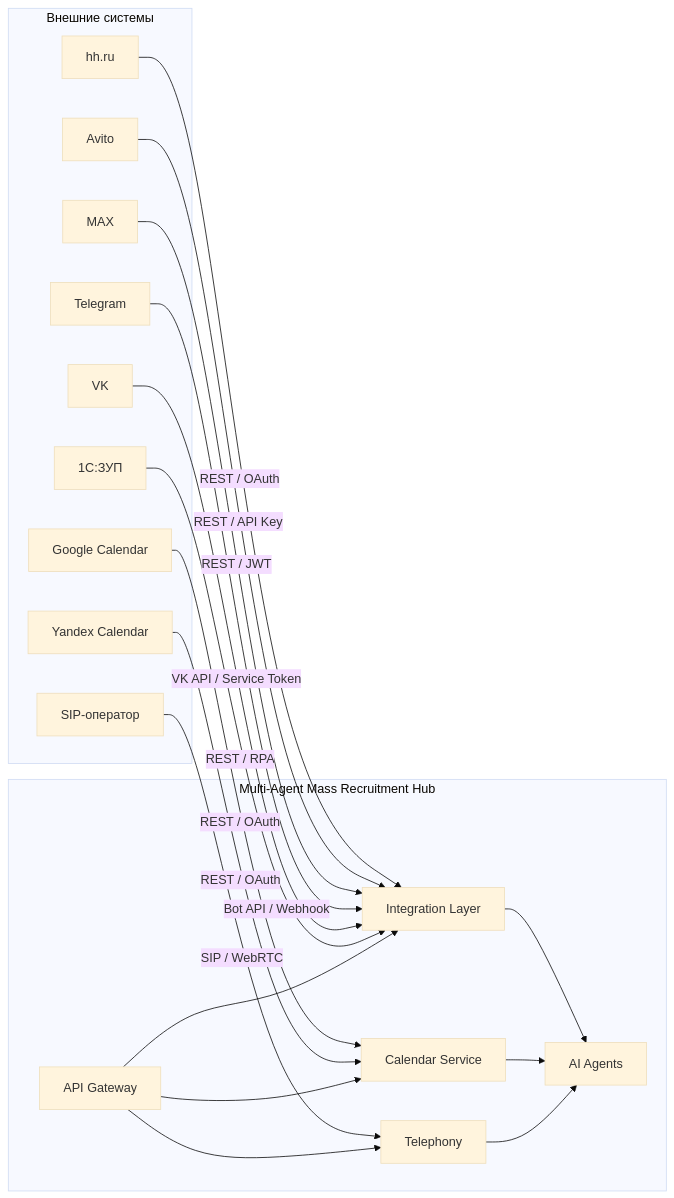
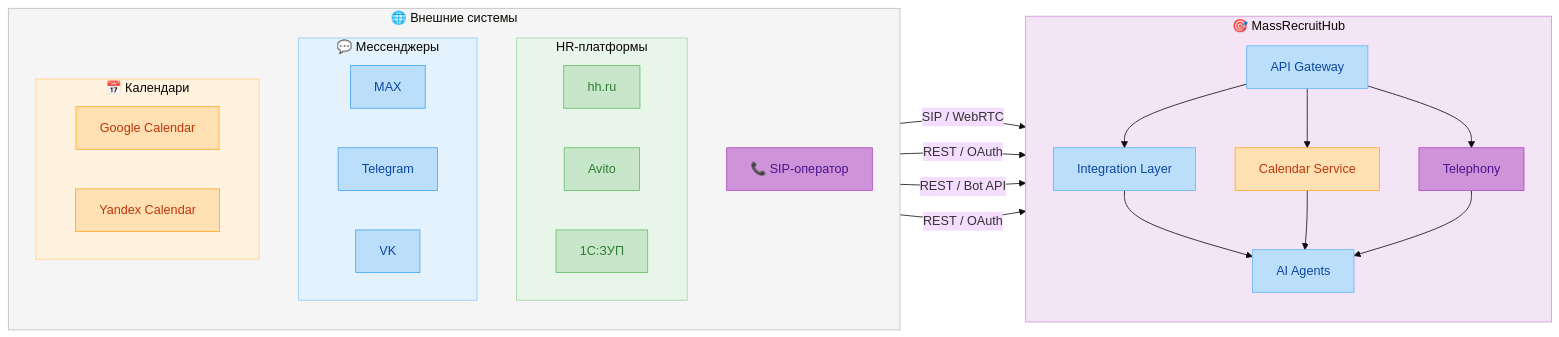
The fifth of 5 diagrams in docs/ARCHITECTURE_AND_DATA_MODEL.md (cc-automation-projects/multi-agent-mass-recruitment-hub), drawn with Mermaid (base theme) before and after one commit. The commit also changed other lines of this file, not shown here.

````diff
--- a/docs/ARCHITECTURE_AND_DATA_MODEL.md
+++ b/docs/ARCHITECTURE_AND_DATA_MODEL.md
@@ -615,39 +634,65 @@
 ```mermaid
 flowchart LR
-    subgraph External[Внешние системы]
-        HH[hh.ru]
-        AV[Avito]
-        MAX[MAX]
-        TG[Telegram]
-        VK[VK]
-        ONES[1С:ЗУП]
-        GCAL[Google Calendar]
-        YCAL[Yandex Calendar]
-        SIP[SIP-оператор]
+    subgraph External["🌐 Внешние системы"]
+        direction TB
+        subgraph HR["HR-платформы"]
+            HH["hh.ru"]
+            AV["Avito"]
+            ONES["1С:ЗУП"]
+        end
+        subgraph Messengers["💬 Мессенджеры"]
+            MAX["MAX"]
+            TG["Telegram"]
+            VK["VK"]
+        end
+        subgraph Calendars["📅 Календари"]
+            GCAL["Google Calendar"]
+            YCAL["Yandex Calendar"]
+        end
+        SIP["📞 SIP-оператор"]
     end
 
-    subgraph Multi-Agent Mass Recruitment Hub
-        API[API Gateway]
-        INT[Integration Layer]
-        AGENTS[AI Agents]
-        CAL[Calendar Service]
-        TEL[Telephony]
+    subgraph Hub["🎯 MassRecruitHub"]
+        direction TB
+        API["API Gateway"]
+        INT["Integration Layer"]
+        AGENTS["AI Agents"]
+        CAL["Calendar Service"]
+        TEL["Telephony"]
     end
 
-    HH -->|REST / OAuth| INT
-    AV -->|REST / API Key| INT
-    MAX -->|REST / JWT| INT
-    TG -->|Bot API / Webhook| INT
-    VK -->|VK API / Service Token| INT
-    ONES -->|REST / RPA| INT
-    GCAL -->|REST / OAuth| CAL
-    YCAL -->|REST / OAuth| CAL
-    SIP -->|SIP / WebRTC| TEL
+    HR -->|"REST / OAuth"| INT
+    Messengers -->|"REST / Bot API"| INT
+    Calendars -->|"REST / OAuth"| CAL
+    SIP -->|"SIP / WebRTC"| TEL
 
     INT --> AGENTS
     CAL --> AGENTS
     TEL --> AGENTS
     API --> INT
     API --> CAL
     API --> TEL
+
+    %% Пастельная цветовая схема
+    style External fill:#f5f5f5,stroke:#bdbdbd,stroke-width:1px
+    style HR fill:#e8f5e9,stroke:#a5d6a7,stroke-width:1px
+    style Messengers fill:#e3f2fd,stroke:#90caf9,stroke-width:1px
+    style Calendars fill:#fff3e0,stroke:#ffcc80,stroke-width:1px
+    style Hub fill:#f3e5f5,stroke:#ce93d8,stroke-width:1px
+
+    style HH fill:#c8e6c9,stroke:#66bb6a,color:#2e7d32
+    style AV fill:#c8e6c9,stroke:#66bb6a,color:#2e7d32
+    style ONES fill:#c8e6c9,stroke:#66bb6a,color:#2e7d32
+    style MAX fill:#bbdefb,stroke:#42a5f5,color:#0d47a1
+    style TG fill:#bbdefb,stroke:#42a5f5,color:#0d47a1
+    style VK fill:#bbdefb,stroke:#42a5f5,color:#0d47a1
+    style GCAL fill:#ffe0b2,stroke:#ffa726,color:#bf360c
+    style YCAL fill:#ffe0b2,stroke:#ffa726,color:#bf360c
+    style SIP fill:#ce93d8,stroke:#ab47bc,color:#4a148c
+
+    style API fill:#bbdefb,stroke:#64b5f6,color:#0d47a1
+    style INT fill:#bbdefb,stroke:#64b5f6,color:#0d47a1
+    style AGENTS fill:#bbdefb,stroke:#64b5f6,color:#0d47a1
+    style CAL fill:#ffe0b2,stroke:#ffa726,color:#bf360c
+    style TEL fill:#ce93d8,stroke:#ab47bc,color:#4a148c
 ```
````
